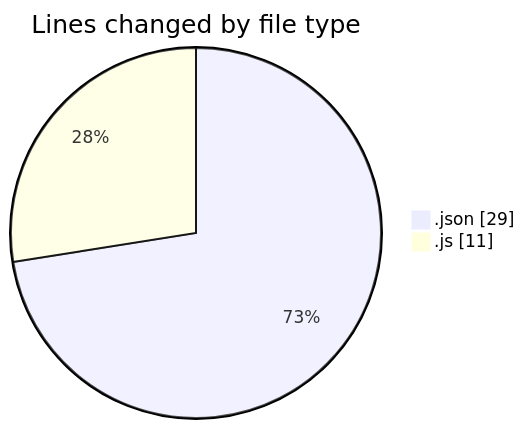
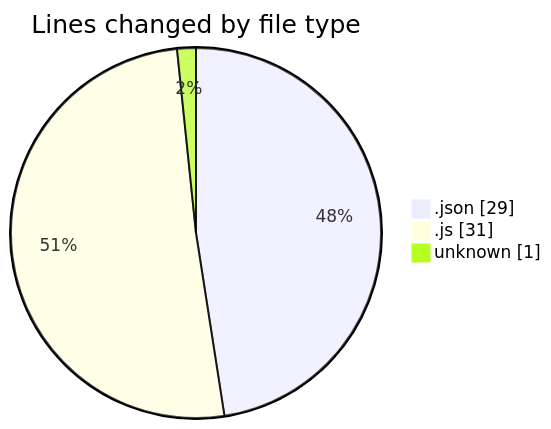
One commit to Ritupan-Deka/code-tracking changed the first of 2 diagrams in 2025-07-16/mern-workoutboard/README.md. Above: the diagram before and after it, drawn with Mermaid. The commit also changed other lines of this file and 1 other file, not shown here.

````diff
--- a/2025-07-16/mern-workoutboard/README.md
+++ b/2025-07-16/mern-workoutboard/README.md
@@ -21,6 +22,7 @@
 ```mermaid
 pie showData
 title Lines changed by file type
 ".json" : 29
-".js" : 11
+".js" : 31
+"unknown" : 1
 ```
````
